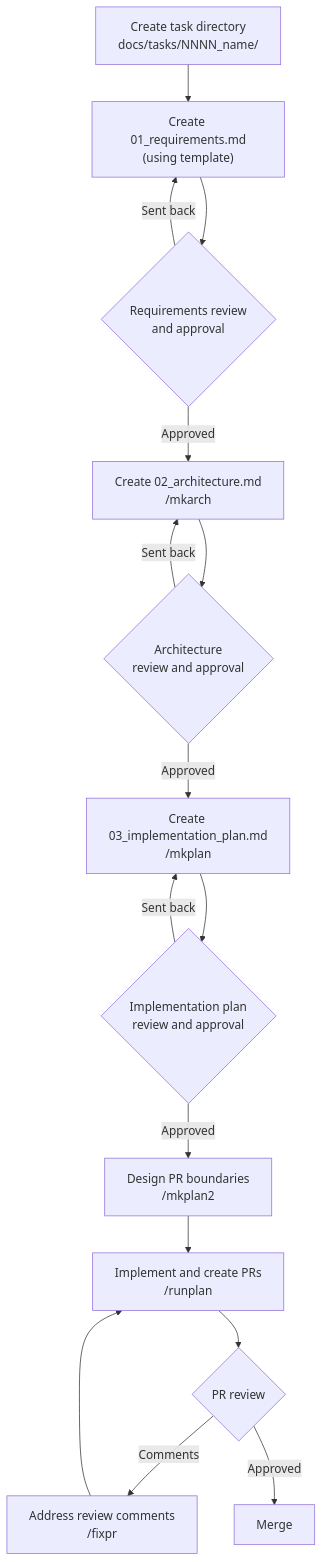
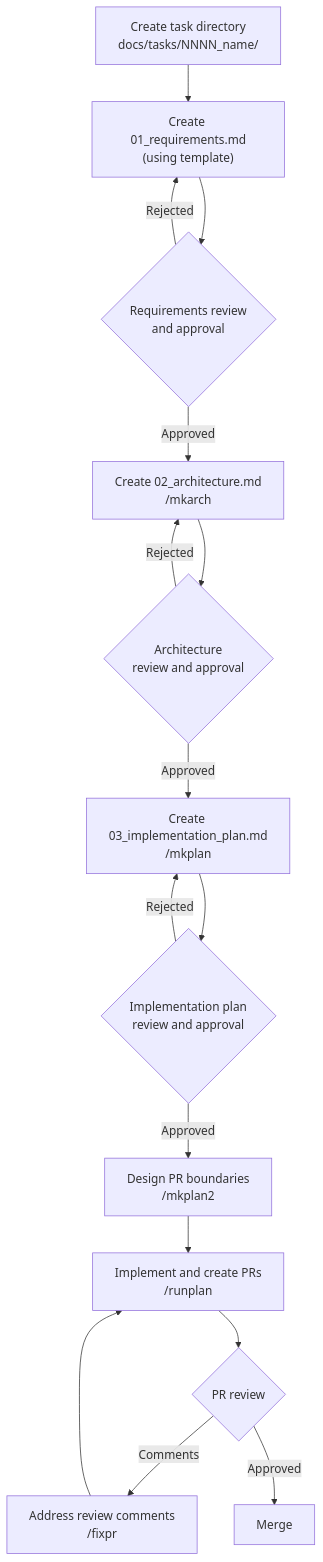
The diagram in docs/dev/developer_guide/development_process.md (isseis/tlsrpt-digest), drawn with Mermaid before and after one commit. The commit also changed other lines of this file, not shown here.

````diff
--- a/docs/dev/developer_guide/development_process.md
+++ b/docs/dev/developer_guide/development_process.md
@@ -64,25 +91,25 @@
 ```mermaid
 flowchart TD
     A["Create task directory<br>docs/tasks/NNNN_name/"]
     B["Create 01_requirements.md<br>(using template)"]
     C{"Requirements review<br>and approval"}
     D["Create 02_architecture.md<br>/mkarch"]
     E{"Architecture<br>review and approval"}
     F["Create 03_implementation_plan.md<br>/mkplan"]
     G{"Implementation plan<br>review and approval"}
     H["Design PR boundaries<br>/mkplan2"]
     I["Implement and create PRs<br>/runplan"]
     J{"PR review"}
     K["Address review comments<br>/fixpr"]
     L["Merge"]
 
     A --> B --> C
-    C -- "Sent back" --> B
+    C -- "Rejected" --> B
     C -- "Approved" --> D --> E
-    E -- "Sent back" --> D
+    E -- "Rejected" --> D
     E -- "Approved" --> F --> G
-    G -- "Sent back" --> F
+    G -- "Rejected" --> F
     G -- "Approved" --> H --> I --> J
     J -- "Comments" --> K --> I
     J -- "Approved" --> L
 ```
````
